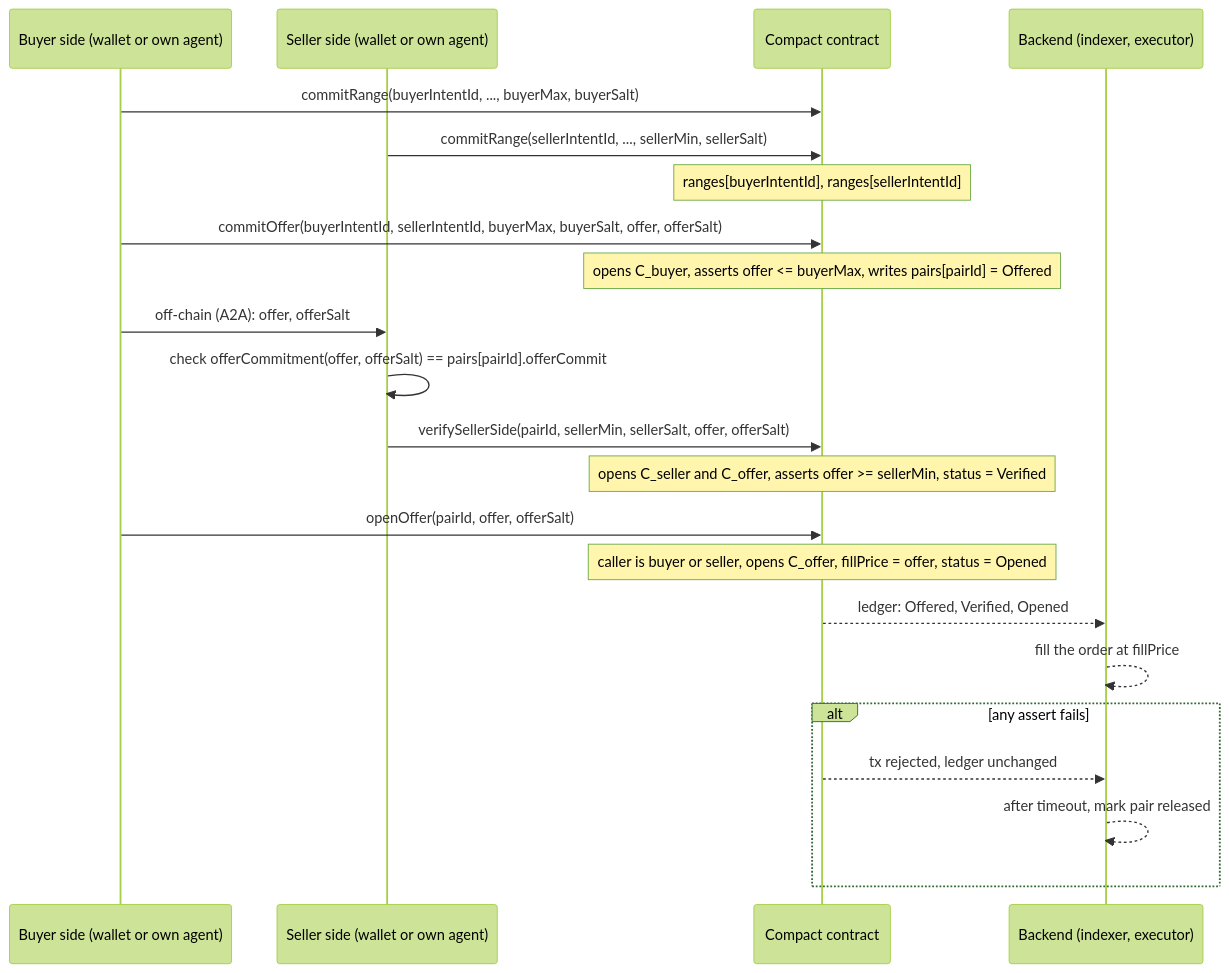
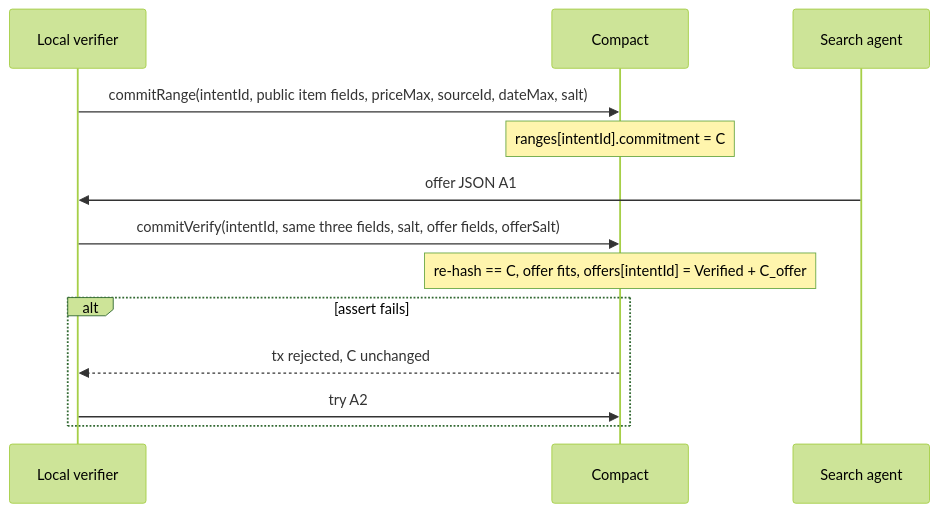
The first of 2 diagrams in docs/superpowers/specs/2026-09-18-intent-compact.md (sdh2222/midnight-hackathon), drawn with Mermaid (forest theme) before and after one commit. The commit also changed other lines of this file and 2 other files, not shown here.

First line of the commit message:
Amend Compact specs to commitRange and commitVerify.

````diff
--- a/docs/superpowers/specs/2026-09-18-intent-compact.md
+++ b/docs/superpowers/specs/2026-09-18-intent-compact.md
@@ -42,25 +40,16 @@
 ```mermaid
 sequenceDiagram
-  participant BW as Buyer side (wallet or own agent)
-  participant SW as Seller side (wallet or own agent)
-  participant C as Compact contract
-  participant B as Backend (indexer, executor)
+  participant V as Local verifier
+  participant C as Compact
+  participant A as Search agent
 
-  BW->>C: commitRange(buyerIntentId, ..., buyerMax, buyerSalt)
-  SW->>C: commitRange(sellerIntentId, ..., sellerMin, sellerSalt)
-  Note over C: ranges[buyerIntentId], ranges[sellerIntentId]
-  BW->>C: commitOffer(buyerIntentId, sellerIntentId, buyerMax, buyerSalt, offer, offerSalt)
-  Note over C: opens C_buyer, asserts offer <= buyerMax, writes pairs[pairId] = Offered
-  BW->>SW: off-chain (A2A): offer, offerSalt
-  SW->>SW: check offerCommitment(offer, offerSalt) == pairs[pairId].offerCommit
-  SW->>C: verifySellerSide(pairId, sellerMin, sellerSalt, offer, offerSalt)
-  Note over C: opens C_seller and C_offer, asserts offer >= sellerMin, status = Verified
-  BW->>C: openOffer(pairId, offer, offerSalt)
-  Note over C: caller is buyer or seller, opens C_offer, fillPrice = offer, status = Opened
-  C-->>B: ledger: Offered, Verified, Opened
-  B-->>B: fill the order at fillPrice
-  alt any assert fails
-    C-->>B: tx rejected, ledger unchanged
-    B-->>B: after timeout, mark pair released
+  V->>C: commitRange(intentId, public item fields, priceMax, sourceId, dateMax, salt)
+  Note over C: ranges[intentId].commitment = C
+  A->>V: offer JSON A1
+  V->>C: commitVerify(intentId, same three fields, salt, offer fields, offerSalt)
+  Note over C: re-hash == C, offer fits, offers[intentId] = Verified + C_offer
+  alt assert fails
+    C-->>V: tx rejected, C unchanged
+    V->>C: try A2
   end
 ```
````
